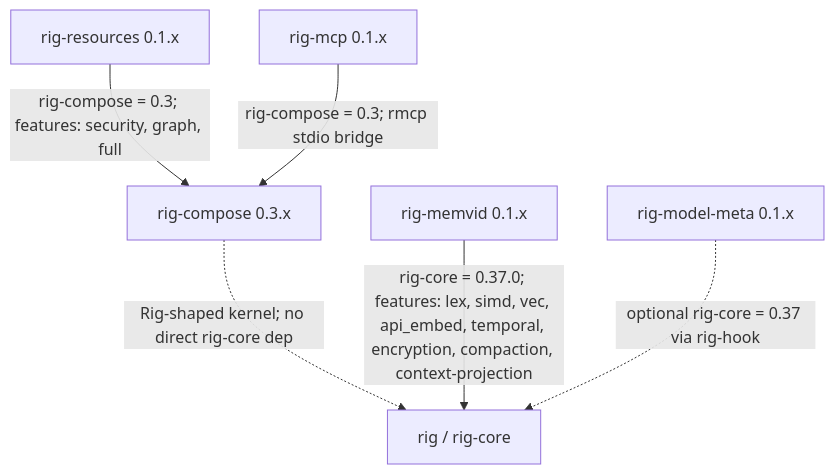
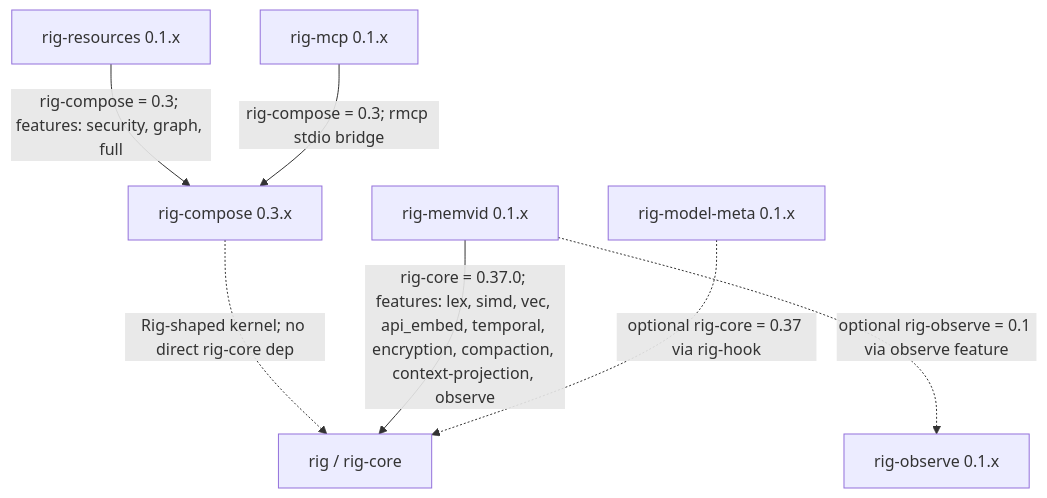
The diagram in README.md (ForeverAngry/rig-memvid), drawn with Mermaid before and after one commit. The commit also changed other lines of this file and 8 other files, not shown here.

````diff
--- a/README.md
+++ b/README.md
@@ -236,15 +237,17 @@
 ```mermaid
 flowchart TD
     rig["rig / rig-core"]
     compose["rig-compose 0.3.x"]
     resources["rig-resources 0.1.x"]
     mcp["rig-mcp 0.1.x"]
     memvid["rig-memvid 0.1.x"]
     model_meta["rig-model-meta 0.1.x"]
+    observe["rig-observe 0.1.x"]
 
     compose -. "Rig-shaped kernel; no direct rig-core dep" .-> rig
     resources -- "rig-compose = 0.3; features: security, graph, full" --> compose
     mcp -- "rig-compose = 0.3; rmcp stdio bridge" --> compose
-    memvid -- "rig-core = 0.37.0; features: lex, simd, vec, api_embed, temporal, encryption, compaction, context-projection" --> rig
+    memvid -- "rig-core = 0.37.0; features: lex, simd, vec, api_embed, temporal, encryption, compaction, context-projection, observe" --> rig
+    memvid -. "optional rig-observe = 0.1 via observe feature" .-> observe
     model_meta -. "optional rig-core = 0.37 via rig-hook" .-> rig
 ```
````
